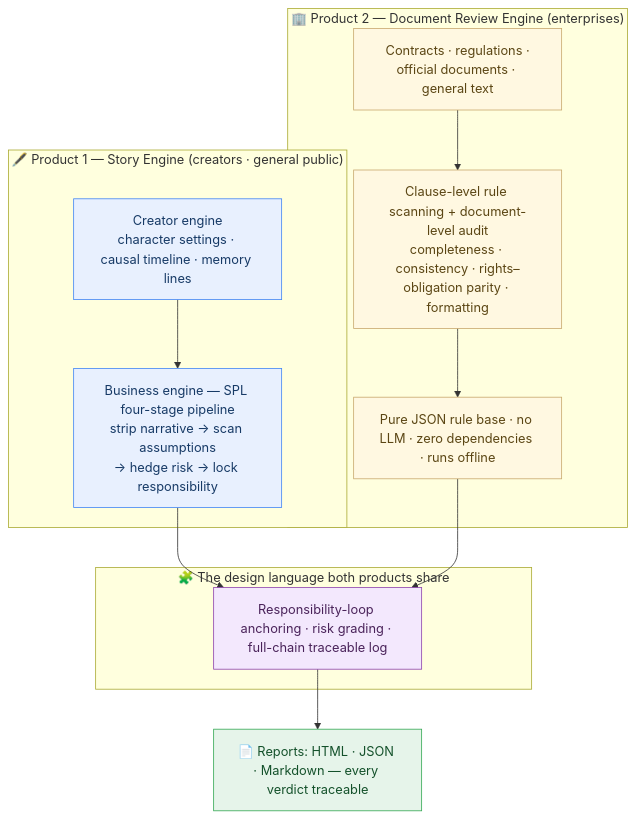
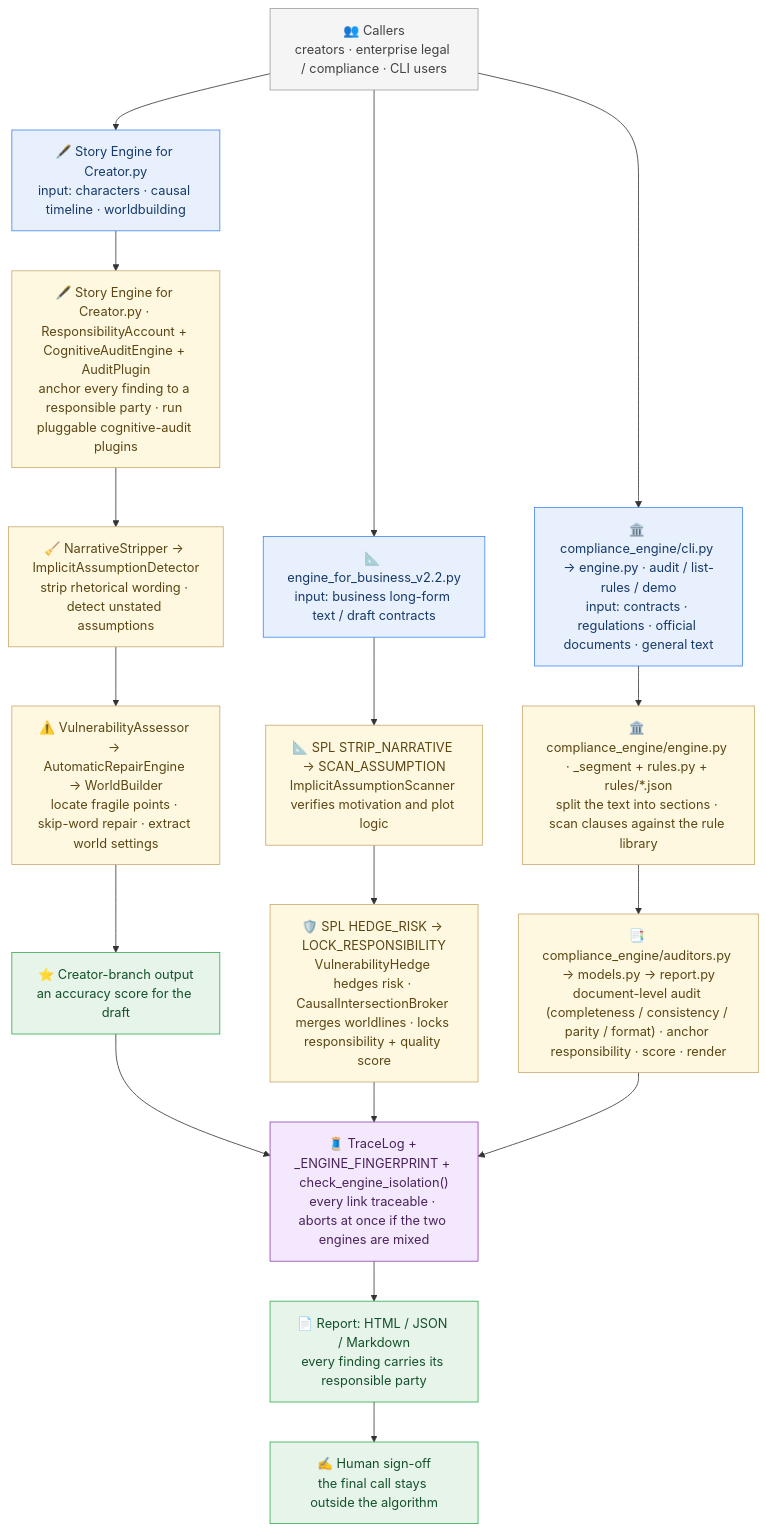
The diagram in README.md (nohn3043-arch/ducument-engine), drawn with Mermaid before and after one commit. The commit also changed other lines of this file and 1 other file, not shown here.

Commit message:
docs: redraw architecture as a module-level flowchart (EN+ZH)

````diff
--- a/README.md
+++ b/README.md
@@ -43,35 +43,50 @@
 ```mermaid
 flowchart TB
-    subgraph P1["🖋️ Product 1 — Story Engine (creators · general public)"]
-        A1["Creator engine<br/>character settings · causal timeline · memory lines"]
-        A2["Business engine — SPL four-stage pipeline<br/>strip narrative → scan assumptions<br/>→ hedge risk → lock responsibility"]
-    end
+    UP["👥 Callers<br/>creators · enterprise legal / compliance · CLI users"]
 
-    subgraph P2["🏢 Product 2 — Document Review Engine (enterprises)"]
-        B1["Contracts · regulations ·<br/>official documents · general text"]
-        B2["Clause-level rule scanning + document-level audit<br/>completeness · consistency · rights–obligation parity · formatting"]
-        B3["Pure JSON rule base · no LLM · zero dependencies · runs offline"]
-    end
+    CIN["🖋️ Story Engine for Creator.py<br/>input: characters · causal timeline · worldbuilding"]
+    C1["🖋️ Story Engine for Creator.py · ResponsibilityAccount + CognitiveAuditEngine + AuditPlugin<br/>anchor every finding to a responsible party · run pluggable cognitive-audit plugins"]
+    C2["🧹 NarrativeStripper → ImplicitAssumptionDetector<br/>strip rhetorical wording · detect unstated assumptions"]
+    C3["⚠️ VulnerabilityAssessor → AutomaticRepairEngine → WorldBuilder<br/>locate fragile points · skip-word repair · extract world settings"]
+    COUT["⭐ Creator-branch output<br/>an accuracy score for the draft"]
 
-    subgraph SHARED["🧩 The design language both products share"]
-        C["Responsibility-loop anchoring · risk grading · full-chain traceable log"]
-    end
+    BIN["📐 engine_for_business_v2.2.py<br/>input: business long-form text / draft contracts"]
+    B1["📐 SPL STRIP_NARRATIVE → SCAN_ASSUMPTION<br/>ImplicitAssumptionScanner verifies motivation and plot logic"]
+    B2["🛡️ SPL HEDGE_RISK → LOCK_RESPONSIBILITY<br/>VulnerabilityHedge hedges risk · CausalIntersectionBroker merges worldlines · locks responsibility + quality score"]
 
-    OUT["📄 Reports: HTML · JSON · Markdown — every verdict traceable"]
+    DIN["🏛️ compliance_engine/cli.py → engine.py · audit / list-rules / demo<br/>input: contracts · regulations · official documents · general text"]
+    D1["🏛️ compliance_engine/engine.py · _segment + rules.py + rules/*.json<br/>split the text into sections · scan clauses against the rule library"]
+    D2["📑 compliance_engine/auditors.py → models.py → report.py<br/>document-level audit (completeness / consistency / parity / format) · anchor responsibility · score · render"]
 
-    A1 --> A2
-    A2 --> C
+    SH["🧵 TraceLog + _ENGINE_FINGERPRINT + check_engine_isolation()<br/>every link traceable · aborts at once if the two engines are mixed"]
+    OUT["📄 Report: HTML / JSON / Markdown<br/>every finding carries its responsible party"]
+    HUMAN["✍️ Human sign-off<br/>the final call stays outside the algorithm"]
+
+    UP --> CIN
+    UP --> BIN
+    UP --> DIN
+    CIN --> C1
+    C1 --> C2
+    C2 --> C3
+    C3 --> COUT
+    BIN --> B1
     B1 --> B2
-    B2 --> B3
-    B3 --> C
-    C --> OUT
+    DIN --> D1
+    D1 --> D2
+    COUT --> SH
+    B2 --> SH
+    D2 --> SH
+    SH --> OUT
+    OUT --> HUMAN
 
-    classDef cA fill:#E8F0FE,stroke:#4285F4,stroke-width:1px,color:#173A66
-    classDef cB fill:#FFF8E1,stroke:#C9A96E,stroke-width:1px,color:#5B4614
-    classDef cS fill:#F3E8FD,stroke:#8E44AD,stroke-width:1px,color:#4A235A
+    classDef cUp fill:#F5F5F5,stroke:#9E9E9E,stroke-width:1px,color:#424242
+    classDef cIn fill:#E8F0FE,stroke:#4285F4,stroke-width:1px,color:#173A66
+    classDef cCore fill:#FFF8E1,stroke:#C9A96E,stroke-width:1px,color:#5B4614
+    classDef cSide fill:#F3E8FD,stroke:#8E44AD,stroke-width:1px,color:#4A235A
     classDef cOut fill:#E6F4EA,stroke:#34A853,stroke-width:1px,color:#14512B
-    class A1,A2 cA
-    class B1,B2,B3 cB
-    class C cS
-    class OUT cOut
+    class UP cUp
+    class CIN,BIN,DIN cIn
+    class C1,C2,C3,B1,B2,D1,D2 cCore
+    class SH cSide
+    class COUT,OUT,HUMAN cOut
 ```
````
